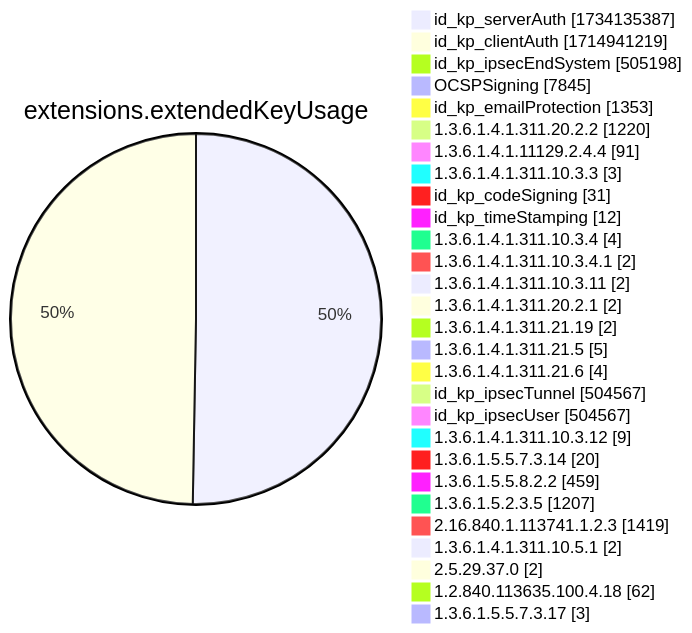
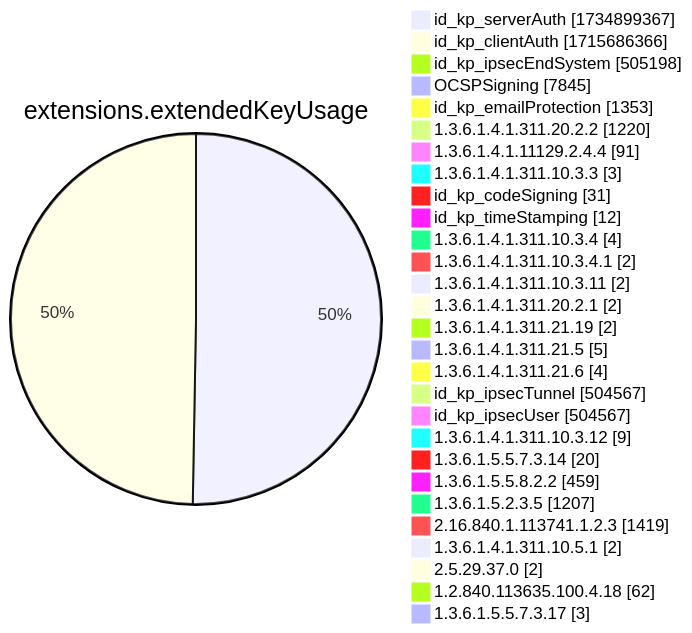
Diagram 12 of 15 in xenon2022/README.md (christiankrug/ctmonitor_visualization), drawn with Mermaid before and after one commit. The commit also changed other lines of this file, not shown here.

````diff
--- a/xenon2022/README.md
+++ b/xenon2022/README.md
@@ -3891,32 +3891,32 @@
 ```mermaid
 pie showData
 title extensions.extendedKeyUsage
-"id_kp_serverAuth" :1734135387
-"id_kp_clientAuth" :1714941219
+"id_kp_serverAuth" :1734899367
+"id_kp_clientAuth" :1715686366
 "id_kp_ipsecEndSystem" :505198
 "OCSPSigning" :7845
 "id_kp_emailProtection" :1353
 "1.3.6.1.4.1.311.20.2.2" :1220
 "1.3.6.1.4.1.11129.2.4.4" :91
 "1.3.6.1.4.1.311.10.3.3" :3
 "id_kp_codeSigning" :31
 "id_kp_timeStamping" :12
 "1.3.6.1.4.1.311.10.3.4" :4
 "1.3.6.1.4.1.311.10.3.4.1" :2
 "1.3.6.1.4.1.311.10.3.11" :2
 "1.3.6.1.4.1.311.20.2.1" :2
 "1.3.6.1.4.1.311.21.19" :2
 "1.3.6.1.4.1.311.21.5" :5
 "1.3.6.1.4.1.311.21.6" :4
 "id_kp_ipsecTunnel" :504567
 "id_kp_ipsecUser" :504567
 "1.3.6.1.4.1.311.10.3.12" :9
 "1.3.6.1.5.5.7.3.14" :20
 "1.3.6.1.5.5.8.2.2" :459
 "1.3.6.1.5.2.3.5" :1207
 "2.16.840.1.113741.1.2.3" :1419
 "1.3.6.1.4.1.311.10.5.1" :2
 "2.5.29.37.0" :2
 "1.2.840.113635.100.4.18" :62
 "1.3.6.1.5.5.7.3.17" :3
 ```
````
